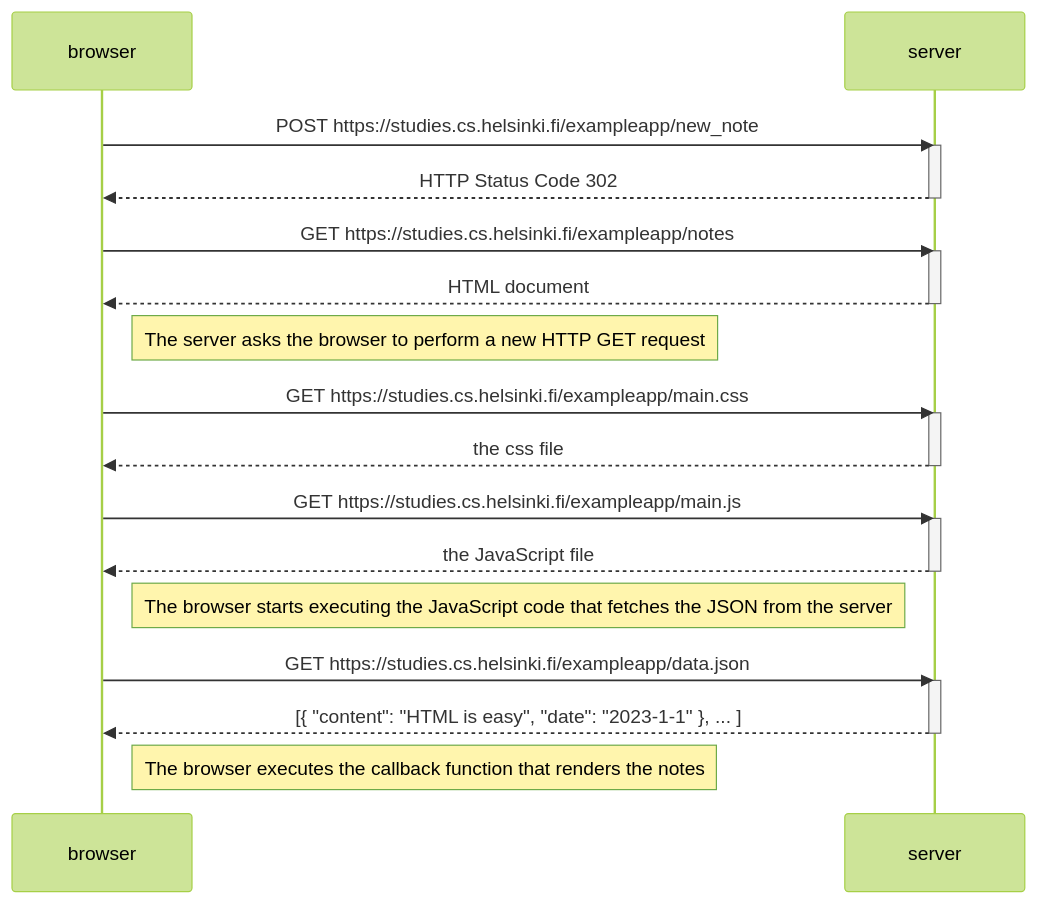
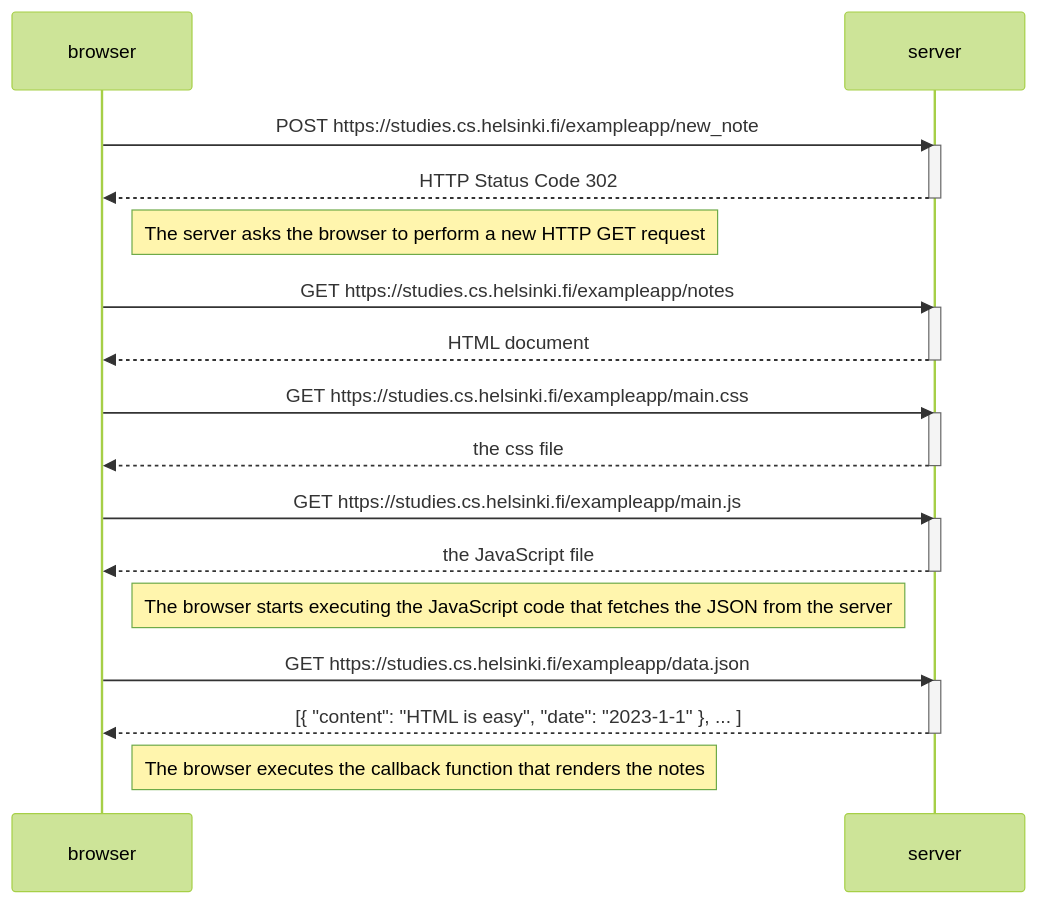
The diagram in part0/newnote_mermaid.md (bbeaudet-dev/fullstackopen), drawn with Mermaid (forest theme) before and after one commit. The commit also changed other lines of this file, not shown here.

Commit message:
fixed location of note describing new GET request

````diff
--- a/part0/newnote_mermaid.md
+++ b/part0/newnote_mermaid.md
@@ -1,37 +1,37 @@
 ```mermaid
 sequenceDiagram
     participant browser
     participant server
 
     browser->>server: POST https://studies.cs.helsinki.fi/exampleapp/new_note
     activate server
     server-->>browser: HTTP Status Code 302
     deactivate server
 
+    Note right of browser: The server asks the browser to perform a new HTTP GET request
+
     browser->>server: GET https://studies.cs.helsinki.fi/exampleapp/notes
     activate server
     server-->>browser: HTML document
     deactivate server
-
-    Note right of browser: The server asks the browser to perform a new HTTP GET request
 
     browser->>server: GET https://studies.cs.helsinki.fi/exampleapp/main.css
     activate server
     server-->>browser: the css file
     deactivate server
 
     browser->>server: GET https://studies.cs.helsinki.fi/exampleapp/main.js
     activate server
     server-->>browser: the JavaScript file
     deactivate server
 
     Note right of browser: The browser starts executing the JavaScript code that fetches the JSON from the server
 
     browser->>server: GET https://studies.cs.helsinki.fi/exampleapp/data.json
     activate server
     server-->>browser: [{ "content": "HTML is easy", "date": "2023-1-1" }, ... ]
     deactivate server
 
     Note right of browser: The browser executes the callback function that renders the notes
 
 ```
````
